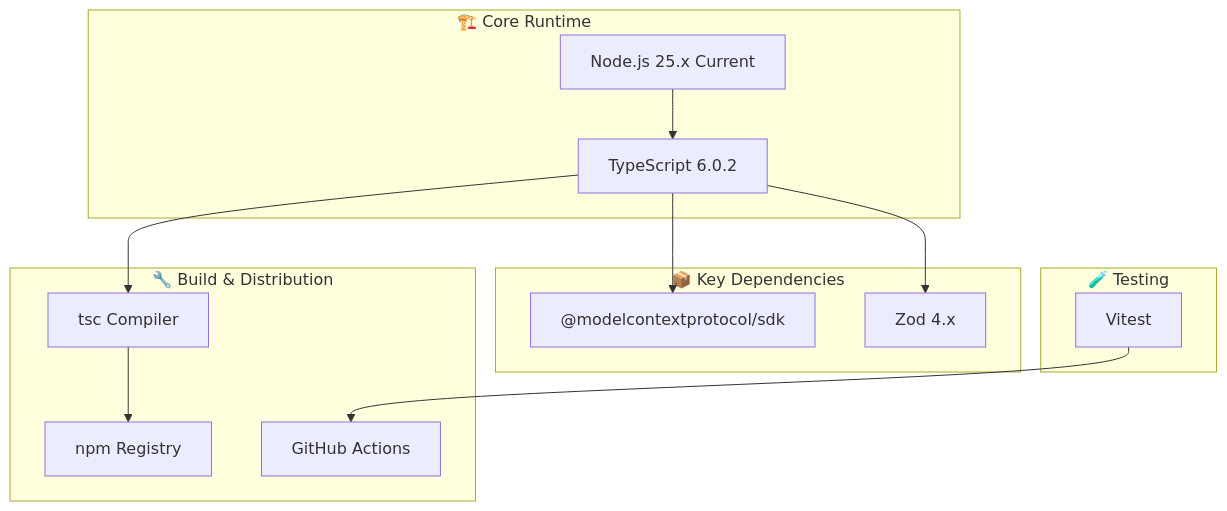
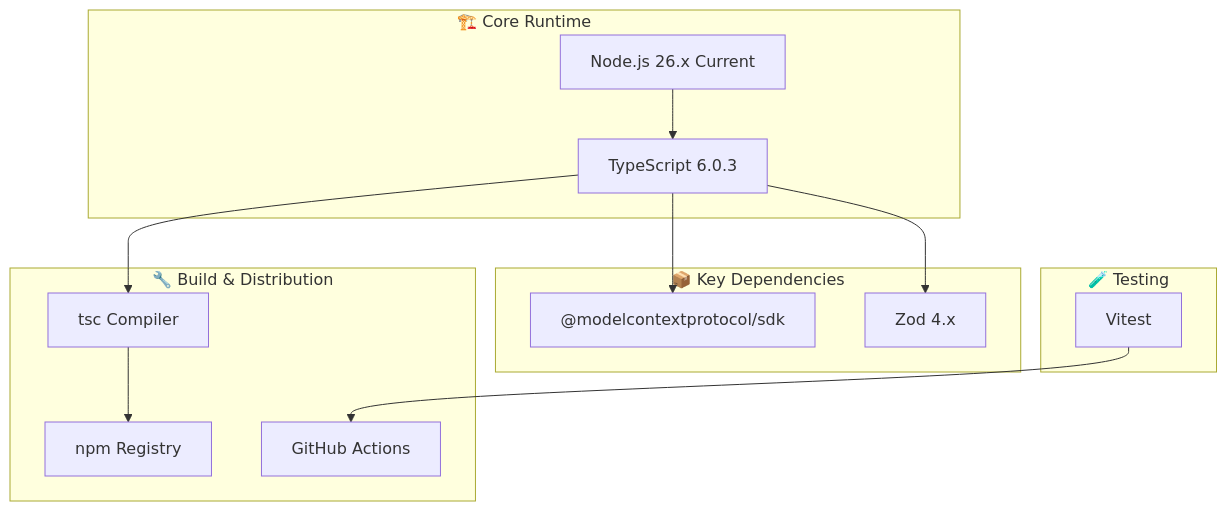
Before and after one commit to Hack23/European-Parliament-MCP-Server: the first of 2 diagrams in docs/api-markdown/documents/End-of-Life-Strategy.md, drawn with Mermaid. The commit also changed other lines of this file and 1933 other files, not shown here.

````diff
--- a/docs/api-markdown/documents/End-of-Life-Strategy.md
+++ b/docs/api-markdown/documents/End-of-Life-Strategy.md
@@ -70,23 +70,23 @@
 ```mermaid
 graph TB
     subgraph "🏗️ Core Runtime"
-        NODE[Node.js 25.x Current]
-        TS[TypeScript 6.0.2]
+        NODE[Node.js 26.x Current]
+        TS[TypeScript 6.0.3]
     end
     subgraph "📦 Key Dependencies"
         MCP["@modelcontextprotocol/sdk"]
         ZOD[Zod 4.x]
     end
     subgraph "🧪 Testing"
         VIT[Vitest]
     end
     subgraph "🔧 Build & Distribution"
         NPM[npm Registry]
         GHA[GitHub Actions]
         TSC[tsc Compiler]
     end
 
     NODE --> TS --> MCP & ZOD
     TS --> TSC --> NPM
     VIT --> GHA
 ```
````
